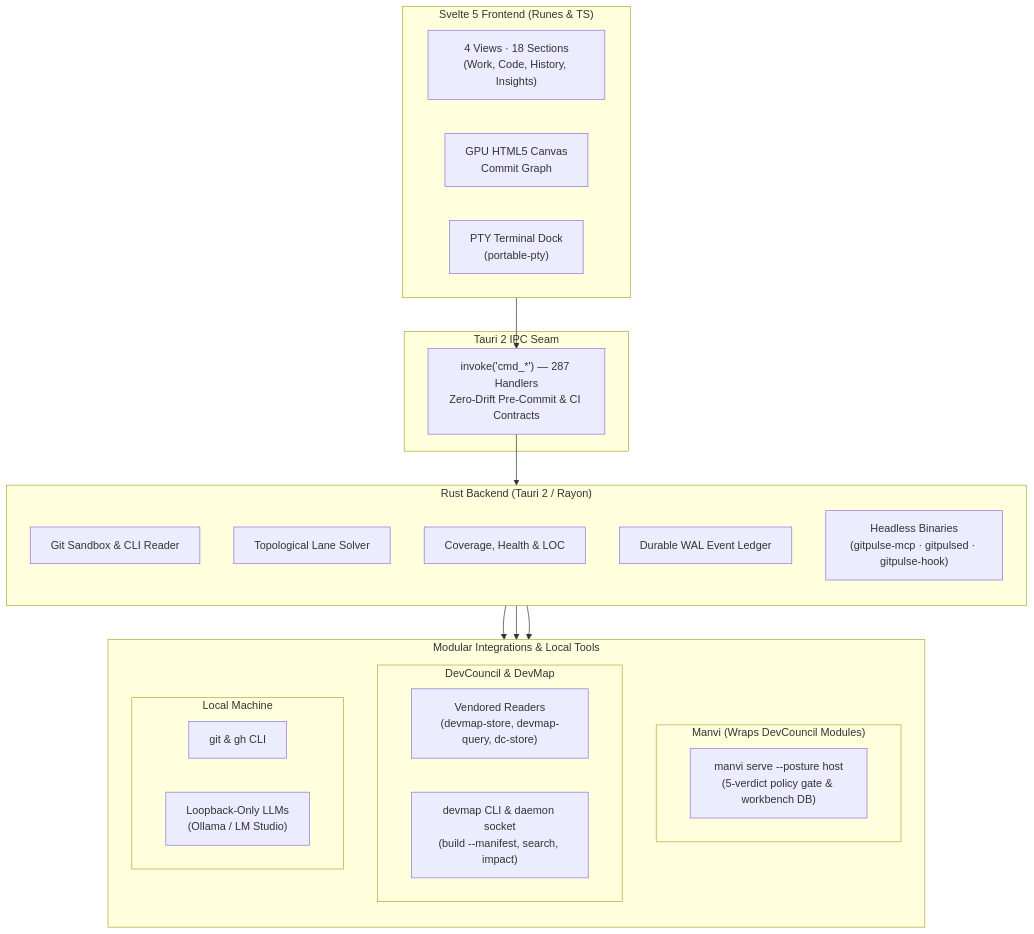
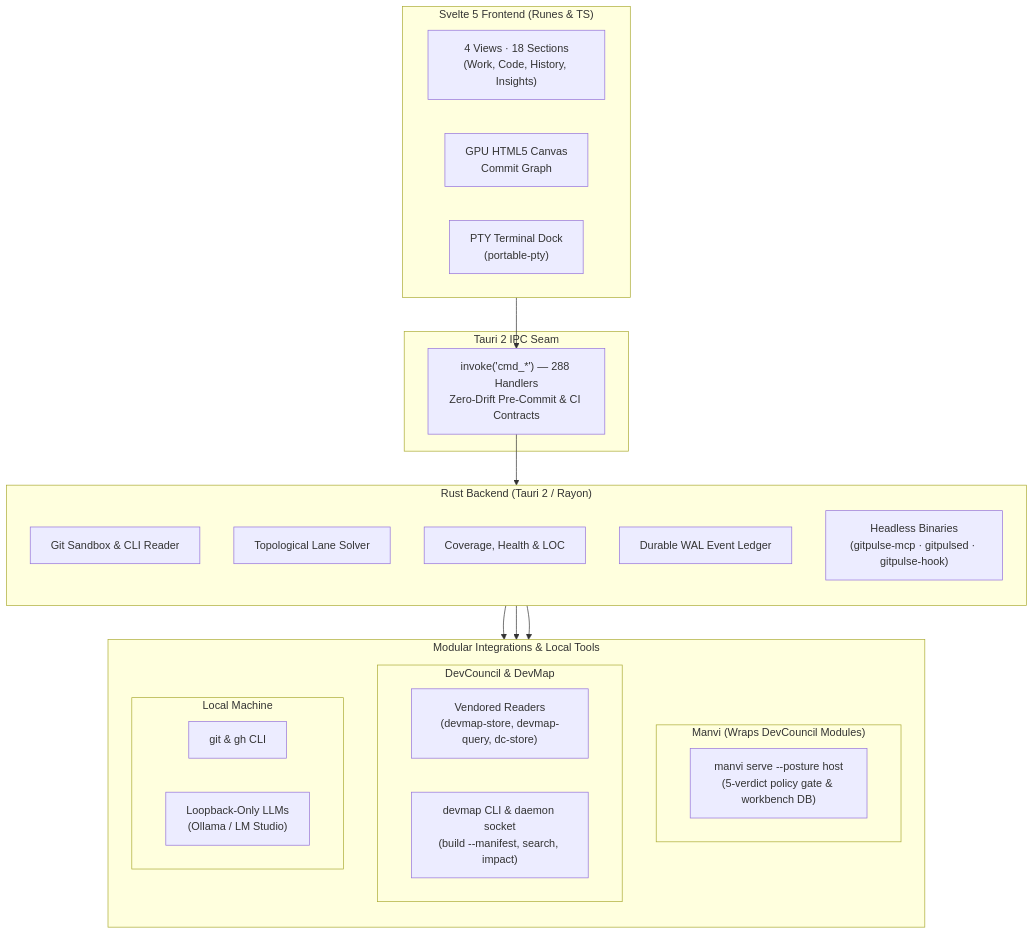
One commit to bharathvbcr/GitPulse changed the diagram in README.md. Above: the diagram before and after it, drawn with Mermaid. The commit also changed 13 other files, not shown here.

````diff
--- a/README.md
+++ b/README.md
@@ -123,43 +123,43 @@
 ```mermaid
 flowchart TB
     subgraph Frontend["Svelte 5 Frontend (Runes & TS)"]
         direction LR
         Views["4 Views · 18 Sections<br/>(Work, Code, History, Insights)"]
         Canvas["GPU HTML5 Canvas<br/>Commit Graph"]
         TerminalDock["PTY Terminal Dock<br/>(portable-pty)"]
     end
 
     subgraph IPC["Tauri 2 IPC Seam"]
-        Bridge["invoke('cmd_*') — 287 Handlers<br/>Zero-Drift Pre-Commit & CI Contracts"]
+        Bridge["invoke('cmd_*') — 288 Handlers<br/>Zero-Drift Pre-Commit & CI Contracts"]
     end
 
     subgraph Backend["Rust Backend (Tauri 2 / Rayon)"]
         direction TB
         GitEngine["Git Sandbox & CLI Reader"]
         LaneSolver["Topological Lane Solver"]
         Analyzers["Coverage, Health & LOC"]
         Ledger["Durable WAL Event Ledger"]
         Headless["Headless Binaries<br/>(gitpulse-mcp · gitpulsed · gitpulse-hook)"]
     end
 
     subgraph Integrations["Modular Integrations & Local Tools"]
         direction TB
         subgraph ManviWrap["Manvi (Wraps DevCouncil Modules)"]
             ManviSidecar["manvi serve --posture host<br/>(5-verdict policy gate & workbench DB)"]
         end
         subgraph DevCouncilMods["DevCouncil & DevMap"]
             Vendored["Vendored Readers<br/>(devmap-store, devmap-query, dc-store)"]
             DevMapCLI["devmap CLI & daemon socket<br/>(build --manifest, search, impact)"]
         end
         subgraph LocalTools["Local Machine"]
             CLI["git & gh CLI"]
             LocalLLM["Loopback-Only LLMs<br/>(Ollama / LM Studio)"]
         end
     end
 
     Frontend --> Bridge
     Bridge --> Backend
     Backend --> ManviWrap
     Backend --> DevCouncilMods
     Backend --> LocalTools
 ```
````
